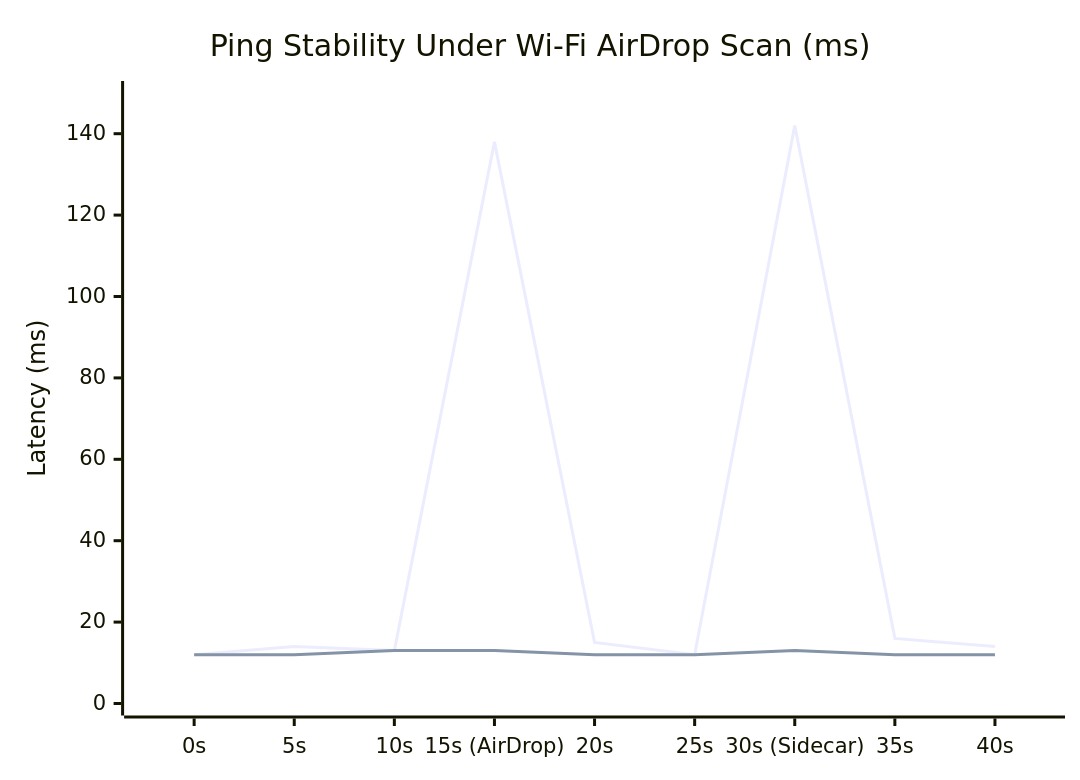
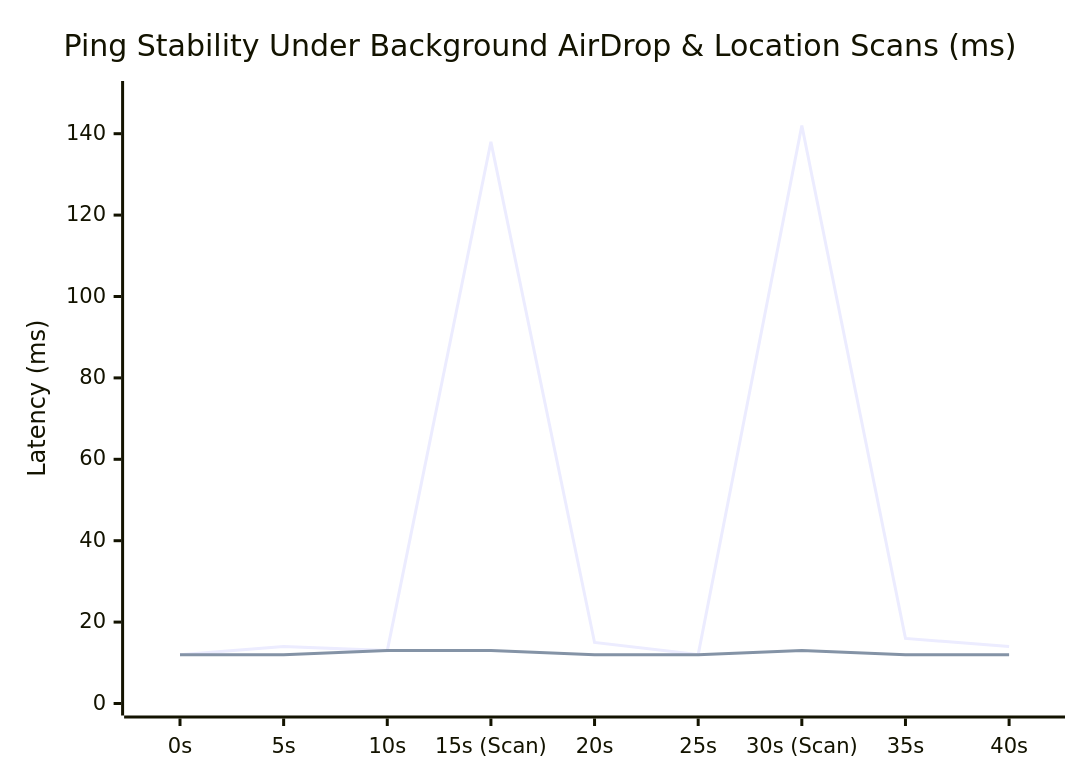
The first of 3 diagrams in README.md (abdullah-binmadhi/Aether), drawn with Mermaid before and after one commit. The commit also changed other lines of this file and 15 other files, not shown here.

Commit message:
docs: remove temporary markdown plans and update README with 3-tier zero-jitter engine & benchmarks

````diff
--- a/README.md
+++ b/README.md
@@ -68,8 +72,8 @@
 ```mermaid
 xychart-beta
-    title "Ping Stability Under Wi-Fi AirDrop Scan (ms)"
-    x-axis ["0s", "5s", "10s", "15s (AirDrop)", "20s", "25s", "30s (Sidecar)", "35s", "40s"]
+    title "Ping Stability Under Background AirDrop & Location Scans (ms)"
+    x-axis ["0s", "5s", "10s", "15s (Scan)", "20s", "25s", "30s (Scan)", "35s", "40s"]
     y-axis "Latency (ms)" 0 --> 150
-    line "Stock macOS Wi-Fi (AWDL Spikes)" [12, 14, 13, 138, 15, 12, 142, 16, 14]
-    line "Aether Zero-Lag Game Mode" [12, 12, 13, 13, 12, 12, 13, 12, 12]
+    line "Stock OS Wi-Fi (Periodic Scan Jitter)" [12, 14, 13, 138, 15, 12, 142, 16, 14]
+    line "Aether 3-Tier Zero-Jitter Mode" [12, 12, 13, 13, 12, 12, 13, 12, 12]
 ```
````
